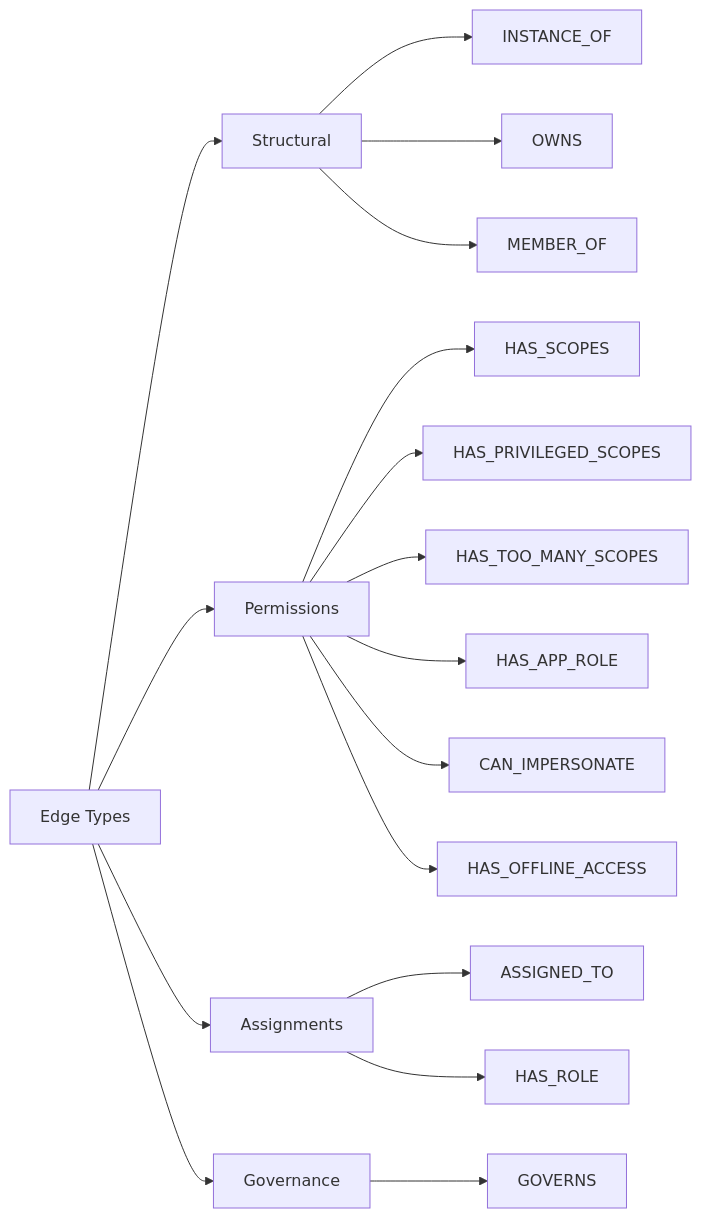
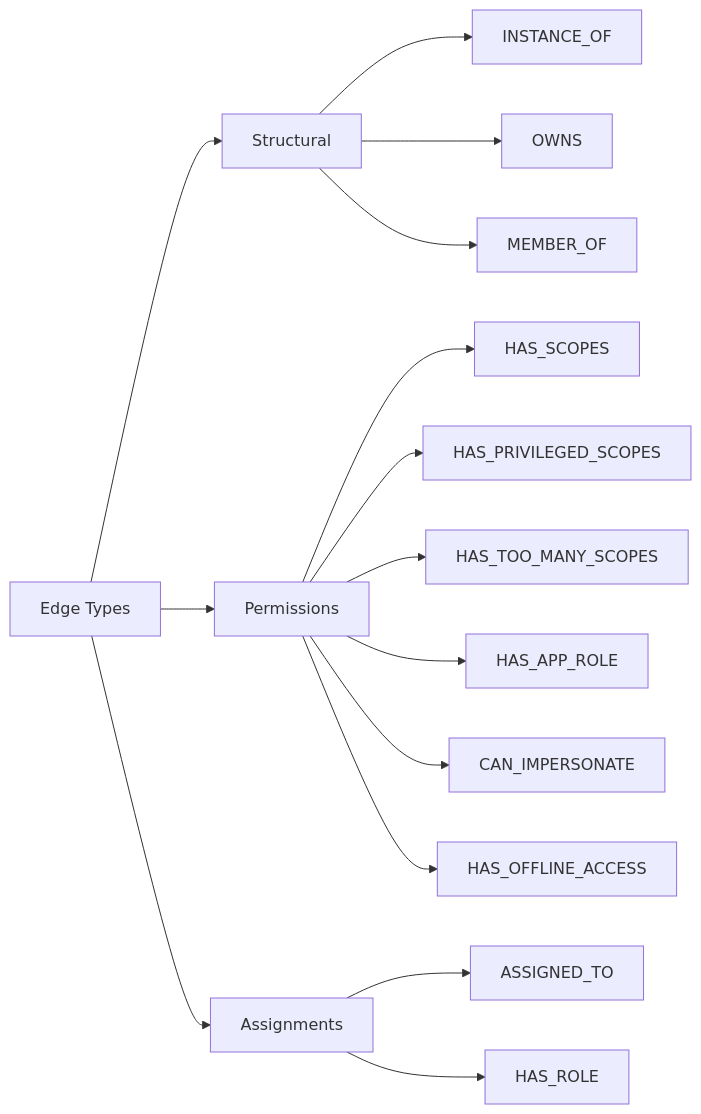
Before and after one commit to OID-See/OID-See: the third of 3 diagrams in docs/schema.md, drawn with Mermaid. The commit also changed other lines of this file and 4 other files, not shown here.

````diff
--- a/docs/schema.md
+++ b/docs/schema.md
@@ -475,23 +433,20 @@
 ```mermaid
 graph LR
     A[Edge Types] --> B[Structural]
     A --> C[Permissions]
     A --> D[Assignments]
-    A --> E[Governance]
     
     B --> B1[INSTANCE_OF]
     B --> B2[OWNS]
     B --> B3[MEMBER_OF]
     
     C --> C1[HAS_SCOPES]
     C --> C2[HAS_PRIVILEGED_SCOPES]
     C --> C3[HAS_TOO_MANY_SCOPES]
     C --> C4[HAS_APP_ROLE]
     C --> C5[CAN_IMPERSONATE]
     C --> C6[HAS_OFFLINE_ACCESS]
     
     D --> D1[ASSIGNED_TO]
     D --> D2[HAS_ROLE]
-    
-    E --> E1[GOVERNS]
 ```
````
